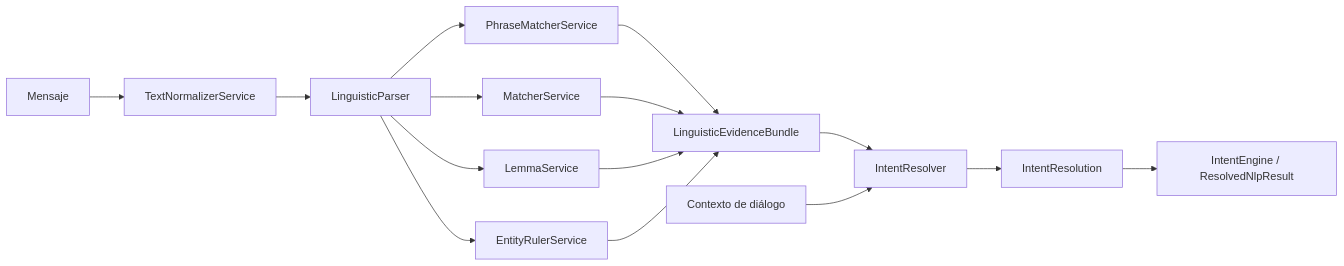
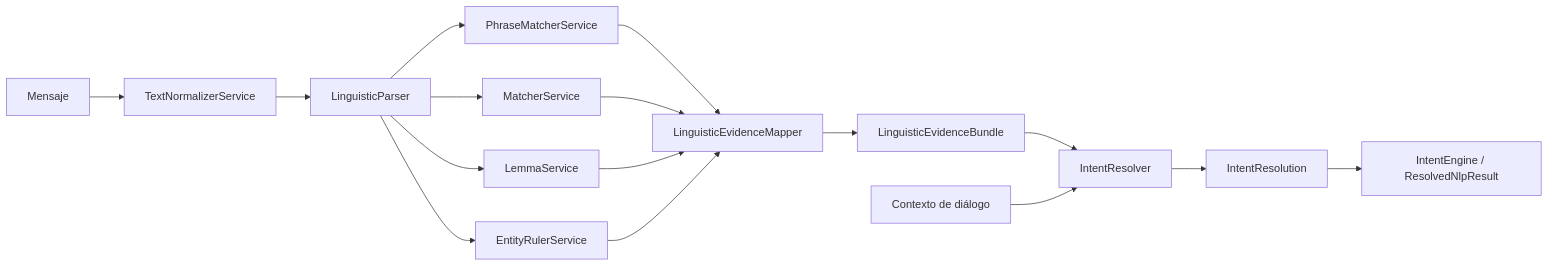
One commit to fomoro/Spacy changed the diagram in fases/core_nlp_engine_sm/arquitectura.md. Above: the diagram before and after it, drawn with Mermaid. The commit also changed other lines of this file and 111 other files, not shown here.

````diff
--- a/fases/core_nlp_engine_sm/arquitectura.md
+++ b/fases/core_nlp_engine_sm/arquitectura.md
@@ -7,17 +7,18 @@
 ```mermaid
 flowchart LR
     A[Mensaje] --> B[TextNormalizerService]
     B --> C[LinguisticParser]
     C --> D[PhraseMatcherService]
     C --> E[MatcherService]
     C --> F[LemmaService]
     C --> G[EntityRulerService]
-    D --> H[LinguisticEvidenceBundle]
-    E --> H
-    F --> H
-    G --> H
+    D --> M[LinguisticEvidenceMapper]
+    E --> M
+    F --> M
+    G --> M
+    M --> H[LinguisticEvidenceBundle]
     H --> I[IntentResolver]
     J[Contexto de diálogo] --> I
     I --> K[IntentResolution]
     K --> L[IntentEngine / ResolvedNlpResult]
 ```
````
